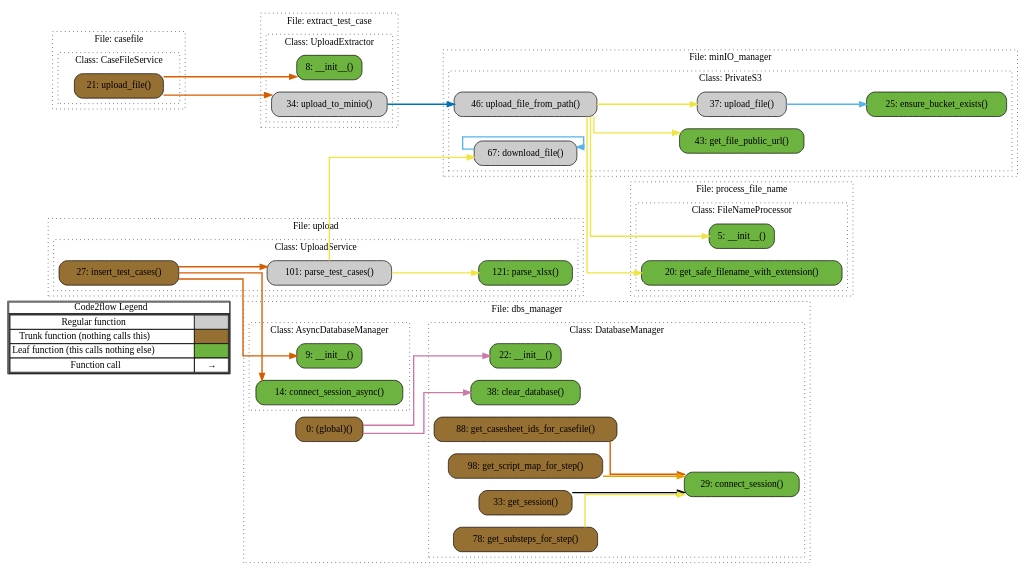
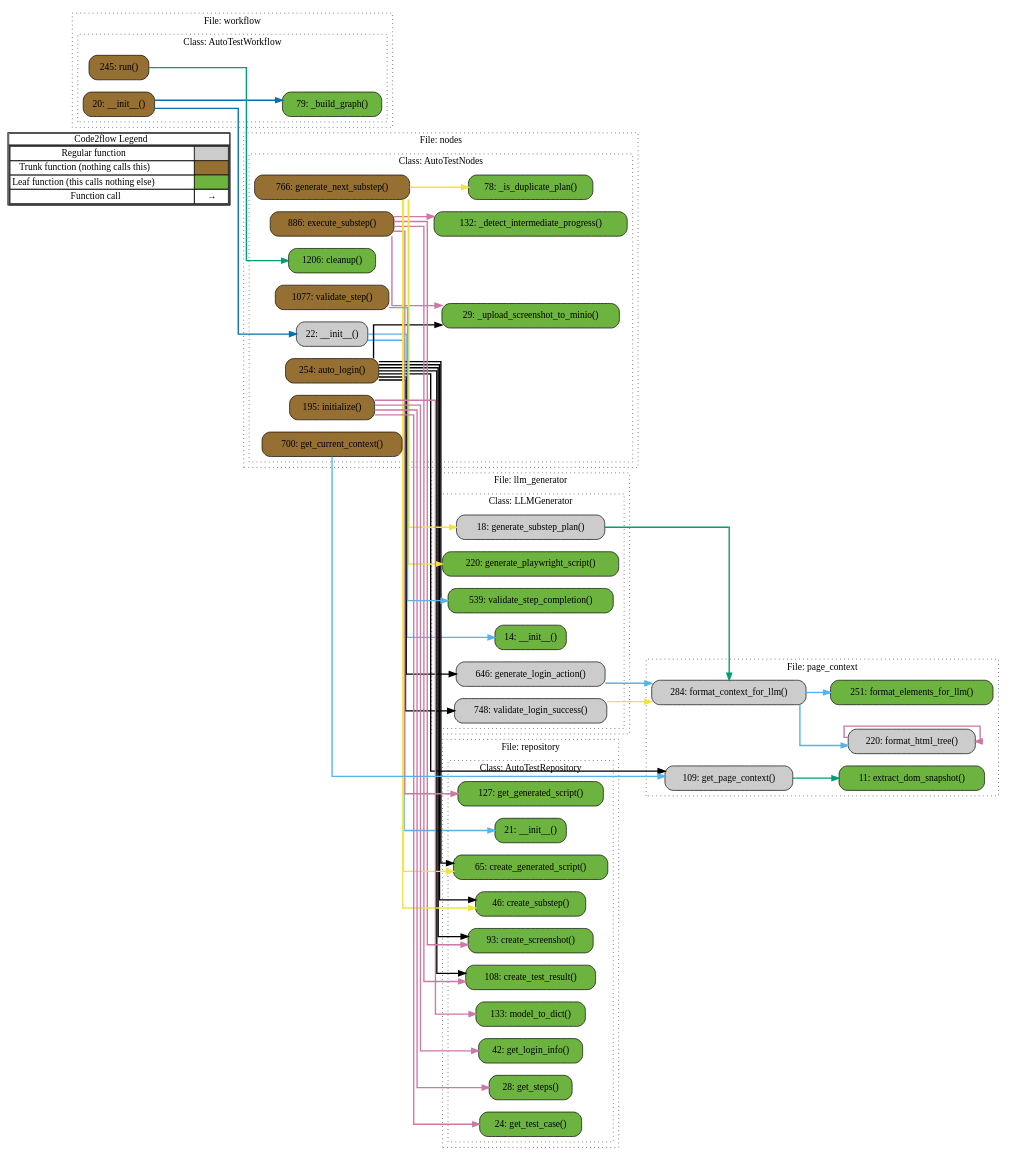
Before and after one commit to nbh27-colab/aitest: the diagram in out.gv, drawn with Graphviz. The commit also changed 9 other files, not shown here.

```diff
--- a/out.gv
+++ b/out.gv
@@ -14,131 +14,145 @@
         <tr><td>Function call</td><td><font color='black'>&#8594;</font></td></tr>
         </table></td></tr></table>
         >];
-}node_ce4126c6 [label="21: upload_file()" name="casefile::CaseFileService.upload_file" shape="rect" style="rounded,filled" fillcolor="#966F33" ];
-node_c5e4b2a7 [label="0: (global)()" name="dbs_manager::(global)" shape="rect" style="rounded,filled" fillcolor="#966F33" ];
-node_587a07d8 [label="9: __init__()" name="dbs_manager::AsyncDatabaseManager.__init__" shape="rect" style="rounded,filled" fillcolor="#6db33f" ];
-node_feb12283 [label="14: connect_session_async()" name="dbs_manager::AsyncDatabaseManager.connect_session_async" shape="rect" style="rounded,filled" fillcolor="#6db33f" ];
-node_32e17e59 [label="22: __init__()" name="dbs_manager::DatabaseManager.__init__" shape="rect" style="rounded,filled" fillcolor="#6db33f" ];
-node_cac59fb6 [label="38: clear_database()" name="dbs_manager::DatabaseManager.clear_database" shape="rect" style="rounded,filled" fillcolor="#6db33f" ];
-node_68652cf8 [label="29: connect_session()" name="dbs_manager::DatabaseManager.connect_session" shape="rect" style="rounded,filled" fillcolor="#6db33f" ];
-node_6e92b6b6 [label="88: get_casesheet_ids_for_casefile()" name="dbs_manager::DatabaseManager.get_casesheet_ids_for_casefile" shape="rect" style="rounded,filled" fillcolor="#966F33" ];
-node_bbc69071 [label="98: get_script_map_for_step()" name="dbs_manager::DatabaseManager.get_script_map_for_step" shape="rect" style="rounded,filled" fillcolor="#966F33" ];
-node_795c04b0 [label="33: get_session()" name="dbs_manager::DatabaseManager.get_session" shape="rect" style="rounded,filled" fillcolor="#966F33" ];
-node_8e2c285c [label="78: get_substeps_for_step()" name="dbs_manager::DatabaseManager.get_substeps_for_step" shape="rect" style="rounded,filled" fillcolor="#966F33" ];
-node_6c7f68ff [label="8: __init__()" name="extract_test_case::UploadExtractor.__init__" shape="rect" style="rounded,filled" fillcolor="#6db33f" ];
-node_33c75e5d [label="34: upload_to_minio()" name="extract_test_case::UploadExtractor.upload_to_minio" shape="rect" style="rounded,filled" fillcolor="#cccccc" ];
-node_b5171fc2 [label="67: download_file()" name="minIO_manager::PrivateS3.download_file" shape="rect" style="rounded,filled" fillcolor="#cccccc" ];
-node_72354bf1 [label="25: ensure_bucket_exists()" name="minIO_manager::PrivateS3.ensure_bucket_exists" shape="rect" style="rounded,filled" fillcolor="#6db33f" ];
-node_4f26b482 [label="43: get_file_public_url()" name="minIO_manager::PrivateS3.get_file_public_url" shape="rect" style="rounded,filled" fillcolor="#6db33f" ];
-node_755afdea [label="37: upload_file()" name="minIO_manager::PrivateS3.upload_file" shape="rect" style="rounded,filled" fillcolor="#cccccc" ];
-node_487ec0e4 [label="46: upload_file_from_path()" name="minIO_manager::PrivateS3.upload_file_from_path" shape="rect" style="rounded,filled" fillcolor="#cccccc" ];
-node_a728fce9 [label="5: __init__()" name="process_file_name::FileNameProcessor.__init__" shape="rect" style="rounded,filled" fillcolor="#6db33f" ];
-node_cb21978e [label="20: get_safe_filename_with_extension()" name="process_file_name::FileNameProcessor.get_safe_filename_with_extension" shape="rect" style="rounded,filled" fillcolor="#6db33f" ];
-node_74a1e55e [label="27: insert_test_cases()" name="upload::UploadService.insert_test_cases" shape="rect" style="rounded,filled" fillcolor="#966F33" ];
-node_462c1b6c [label="101: parse_test_cases()" name="upload::UploadService.parse_test_cases" shape="rect" style="rounded,filled" fillcolor="#cccccc" ];
-node_5ab84495 [label="121: parse_xlsx()" name="upload::UploadService.parse_xlsx" shape="rect" style="rounded,filled" fillcolor="#6db33f" ];
-node_ce4126c6 -> node_6c7f68ff [color="#D55E00" penwidth="2"];
-node_ce4126c6 -> node_33c75e5d [color="#D55E00" penwidth="2"];
-node_c5e4b2a7 -> node_32e17e59 [color="#CC79A7" penwidth="2"];
-node_c5e4b2a7 -> node_cac59fb6 [color="#CC79A7" penwidth="2"];
-node_6e92b6b6 -> node_68652cf8 [color="#D55E00" penwidth="2"];
-node_bbc69071 -> node_68652cf8 [color="#E69F00" penwidth="2"];
-node_795c04b0 -> node_68652cf8 [color="#000000" penwidth="2"];
-node_8e2c285c -> node_68652cf8 [color="#F0E442" penwidth="2"];
-node_33c75e5d -> node_487ec0e4 [color="#0072B2" penwidth="2"];
-node_b5171fc2 -> node_b5171fc2 [color="#56B4E9" penwidth="2"];
-node_755afdea -> node_72354bf1 [color="#56B4E9" penwidth="2"];
-node_487ec0e4 -> node_4f26b482 [color="#F0E442" penwidth="2"];
-node_487ec0e4 -> node_755afdea [color="#F0E442" penwidth="2"];
-node_487ec0e4 -> node_a728fce9 [color="#F0E442" penwidth="2"];
-node_487ec0e4 -> node_cb21978e [color="#F0E442" penwidth="2"];
-node_74a1e55e -> node_587a07d8 [color="#D55E00" penwidth="2"];
-node_74a1e55e -> node_feb12283 [color="#D55E00" penwidth="2"];
-node_74a1e55e -> node_462c1b6c [color="#D55E00" penwidth="2"];
-node_462c1b6c -> node_b5171fc2 [color="#F0E442" penwidth="2"];
-node_462c1b6c -> node_5ab84495 [color="#F0E442" penwidth="2"];
-subgraph cluster_8135d34d {
-    label="File: casefile";
-    name="casefile";
+}node_697c768b [label="14: __init__()" name="llm_generator::LLMGenerator.__init__" shape="rect" style="rounded,filled" fillcolor="#6db33f" ];
+node_71c57f22 [label="646: generate_login_action()" name="llm_generator::LLMGenerator.generate_login_action" shape="rect" style="rounded,filled" fillcolor="#cccccc" ];
+node_984c5984 [label="220: generate_playwright_script()" name="llm_generator::LLMGenerator.generate_playwright_script" shape="rect" style="rounded,filled" fillcolor="#6db33f" ];
+node_177589a3 [label="18: generate_substep_plan()" name="llm_generator::LLMGenerator.generate_substep_plan" shape="rect" style="rounded,filled" fillcolor="#cccccc" ];
+node_8d236894 [label="748: validate_login_success()" name="llm_generator::LLMGenerator.validate_login_success" shape="rect" style="rounded,filled" fillcolor="#cccccc" ];
+node_40c674ab [label="539: validate_step_completion()" name="llm_generator::LLMGenerator.validate_step_completion" shape="rect" style="rounded,filled" fillcolor="#6db33f" ];
+node_86888962 [label="22: __init__()" name="nodes::AutoTestNodes.__init__" shape="rect" style="rounded,filled" fillcolor="#cccccc" ];
+node_22f9cc1b [label="132: _detect_intermediate_progress()" name="nodes::AutoTestNodes._detect_intermediate_progress" shape="rect" style="rounded,filled" fillcolor="#6db33f" ];
+node_02be0651 [label="78: _is_duplicate_plan()" name="nodes::AutoTestNodes._is_duplicate_plan" shape="rect" style="rounded,filled" fillcolor="#6db33f" ];
+node_8f49e413 [label="29: _upload_screenshot_to_minio()" name="nodes::AutoTestNodes._upload_screenshot_to_minio" shape="rect" style="rounded,filled" fillcolor="#6db33f" ];
+node_ee6e1478 [label="254: auto_login()" name="nodes::AutoTestNodes.auto_login" shape="rect" style="rounded,filled" fillcolor="#966F33" ];
+node_3a920ef8 [label="1206: cleanup()" name="nodes::AutoTestNodes.cleanup" shape="rect" style="rounded,filled" fillcolor="#6db33f" ];
+node_de15f637 [label="886: execute_substep()" name="nodes::AutoTestNodes.execute_substep" shape="rect" style="rounded,filled" fillcolor="#966F33" ];
+node_8edb9b1c [label="766: generate_next_substep()" name="nodes::AutoTestNodes.generate_next_substep" shape="rect" style="rounded,filled" fillcolor="#966F33" ];
+node_6732abd2 [label="700: get_current_context()" name="nodes::AutoTestNodes.get_current_context" shape="rect" style="rounded,filled" fillcolor="#966F33" ];
+node_fa4d0daf [label="195: initialize()" name="nodes::AutoTestNodes.initialize" shape="rect" style="rounded,filled" fillcolor="#966F33" ];
+node_35153c7a [label="1077: validate_step()" name="nodes::AutoTestNodes.validate_step" shape="rect" style="rounded,filled" fillcolor="#966F33" ];
+node_c5209536 [label="11: extract_dom_snapshot()" name="page_context::extract_dom_snapshot" shape="rect" style="rounded,filled" fillcolor="#6db33f" ];
+node_91fe25c2 [label="284: format_context_for_llm()" name="page_context::format_context_for_llm" shape="rect" style="rounded,filled" fillcolor="#cccccc" ];
+node_57148d72 [label="251: format_elements_for_llm()" name="page_context::format_elements_for_llm" shape="rect" style="rounded,filled" fillcolor="#6db33f" ];
+node_dfed636f [label="220: format_html_tree()" name="page_context::format_html_tree" shape="rect" style="rounded,filled" fillcolor="#cccccc" ];
+node_02fb758b [label="109: get_page_context()" name="page_context::get_page_context" shape="rect" style="rounded,filled" fillcolor="#cccccc" ];
+node_d0ac8413 [label="21: __init__()" name="repository::AutoTestRepository.__init__" shape="rect" style="rounded,filled" fillcolor="#6db33f" ];
+node_4635930c [label="65: create_generated_script()" name="repository::AutoTestRepository.create_generated_script" shape="rect" style="rounded,filled" fillcolor="#6db33f" ];
+node_3bcbb2b2 [label="93: create_screenshot()" name="repository::AutoTestRepository.create_screenshot" shape="rect" style="rounded,filled" fillcolor="#6db33f" ];
+node_8b7a8400 [label="46: create_substep()" name="repository::AutoTestRepository.create_substep" shape="rect" style="rounded,filled" fillcolor="#6db33f" ];
+node_2c240f80 [label="108: create_test_result()" name="repository::AutoTestRepository.create_test_result" shape="rect" style="rounded,filled" fillcolor="#6db33f" ];
+node_14660c4b [label="127: get_generated_script()" name="repository::AutoTestRepository.get_generated_script" shape="rect" style="rounded,filled" fillcolor="#6db33f" ];
+node_7ba1bf51 [label="42: get_login_info()" name="repository::AutoTestRepository.get_login_info" shape="rect" style="rounded,filled" fillcolor="#6db33f" ];
+node_0447170e [label="28: get_steps()" name="repository::AutoTestRepository.get_steps" shape="rect" style="rounded,filled" fillcolor="#6db33f" ];
+node_770d3c82 [label="24: get_test_case()" name="repository::AutoTestRepository.get_test_case" shape="rect" style="rounded,filled" fillcolor="#6db33f" ];
+node_f534f8a3 [label="133: model_to_dict()" name="repository::AutoTestRepository.model_to_dict" shape="rect" style="rounded,filled" fillcolor="#6db33f" ];
+node_a77729e5 [label="20: __init__()" name="workflow::AutoTestWorkflow.__init__" shape="rect" style="rounded,filled" fillcolor="#966F33" ];
+node_040f44cc [label="79: _build_graph()" name="workflow::AutoTestWorkflow._build_graph" shape="rect" style="rounded,filled" fillcolor="#6db33f" ];
+node_990799eb [label="245: run()" name="workflow::AutoTestWorkflow.run" shape="rect" style="rounded,filled" fillcolor="#966F33" ];
+node_71c57f22 -> node_91fe25c2 [color="#56B4E9" penwidth="2"];
+node_177589a3 -> node_91fe25c2 [color="#009E73" penwidth="2"];
+node_8d236894 -> node_91fe25c2 [color="#F0E442" penwidth="2"];
+node_86888962 -> node_697c768b [color="#56B4E9" penwidth="2"];
+node_86888962 -> node_d0ac8413 [color="#56B4E9" penwidth="2"];
+node_ee6e1478 -> node_71c57f22 [color="#000000" penwidth="2"];
+node_ee6e1478 -> node_8d236894 [color="#000000" penwidth="2"];
+node_ee6e1478 -> node_8f49e413 [color="#000000" penwidth="2"];
+node_ee6e1478 -> node_8f49e413 [color="#000000" penwidth="2"];
+node_ee6e1478 -> node_8f49e413 [color="#000000" penwidth="2"];
+node_ee6e1478 -> node_02fb758b [color="#000000" penwidth="2"];
+node_ee6e1478 -> node_02fb758b [color="#000000" penwidth="2"];
+node_ee6e1478 -> node_4635930c [color="#000000" penwidth="2"];
+node_ee6e1478 -> node_4635930c [color="#000000" penwidth="2"];
+node_ee6e1478 -> node_4635930c [color="#000000" penwidth="2"];
+node_ee6e1478 -> node_3bcbb2b2 [color="#000000" penwidth="2"];
+node_ee6e1478 -> node_3bcbb2b2 [color="#000000" penwidth="2"];
+node_ee6e1478 -> node_8b7a8400 [color="#000000" penwidth="2"];
+node_ee6e1478 -> node_8b7a8400 [color="#000000" penwidth="2"];
+node_ee6e1478 -> node_8b7a8400 [color="#000000" penwidth="2"];
+node_ee6e1478 -> node_2c240f80 [color="#000000" penwidth="2"];
+node_ee6e1478 -> node_2c240f80 [color="#000000" penwidth="2"];
+node_ee6e1478 -> node_2c240f80 [color="#000000" penwidth="2"];
+node_de15f637 -> node_22f9cc1b [color="#CC79A7" penwidth="2"];
+node_de15f637 -> node_8f49e413 [color="#CC79A7" penwidth="2"];
+node_de15f637 -> node_8f49e413 [color="#CC79A7" penwidth="2"];
+node_de15f637 -> node_3bcbb2b2 [color="#CC79A7" penwidth="2"];
+node_de15f637 -> node_2c240f80 [color="#CC79A7" penwidth="2"];
+node_de15f637 -> node_14660c4b [color="#CC79A7" penwidth="2"];
+node_8edb9b1c -> node_984c5984 [color="#F0E442" penwidth="2"];
+node_8edb9b1c -> node_177589a3 [color="#F0E442" penwidth="2"];
+node_8edb9b1c -> node_02be0651 [color="#F0E442" penwidth="2"];
+node_8edb9b1c -> node_4635930c [color="#F0E442" penwidth="2"];
+node_8edb9b1c -> node_8b7a8400 [color="#F0E442" penwidth="2"];
+node_6732abd2 -> node_02fb758b [color="#56B4E9" penwidth="2"];
+node_fa4d0daf -> node_7ba1bf51 [color="#CC79A7" penwidth="2"];
+node_fa4d0daf -> node_0447170e [color="#CC79A7" penwidth="2"];
+node_fa4d0daf -> node_770d3c82 [color="#CC79A7" penwidth="2"];
+node_fa4d0daf -> node_f534f8a3 [color="#CC79A7" penwidth="2"];
+node_fa4d0daf -> node_f534f8a3 [color="#CC79A7" penwidth="2"];
+node_fa4d0daf -> node_f534f8a3 [color="#CC79A7" penwidth="2"];
+node_35153c7a -> node_40c674ab [color="#56B4E9" penwidth="2"];
+node_91fe25c2 -> node_57148d72 [color="#56B4E9" penwidth="2"];
+node_91fe25c2 -> node_dfed636f [color="#56B4E9" penwidth="2"];
+node_dfed636f -> node_dfed636f [color="#CC79A7" penwidth="2"];
+node_02fb758b -> node_c5209536 [color="#009E73" penwidth="2"];
+node_a77729e5 -> node_86888962 [color="#0072B2" penwidth="2"];
+node_a77729e5 -> node_040f44cc [color="#0072B2" penwidth="2"];
+node_990799eb -> node_3a920ef8 [color="#009E73" penwidth="2"];
+subgraph cluster_fb078189 {
+    label="File: llm_generator";
+    name="llm_generator";
     style="filled";
     graph[style=dotted];
-    subgraph cluster_92348ffa {
-        node_ce4126c6;
-        label="Class: CaseFileService";
-        name="CaseFileService";
+    subgraph cluster_06062e3c {
+        node_697c768b node_177589a3 node_984c5984 node_40c674ab node_71c57f22 node_8d236894;
+        label="Class: LLMGenerator";
+        name="LLMGenerator";
         style="filled";
         graph[style=dotted];
     };
 };
-subgraph cluster_0ceb48ad {
-    node_c5e4b2a7;
-    label="File: dbs_manager";
-    name="dbs_manager";
+subgraph cluster_b4b7462d {
+    label="File: nodes";
+    name="nodes";
     style="filled";
     graph[style=dotted];
-    subgraph cluster_697387d1 {
-        node_587a07d8 node_feb12283;
-        label="Class: AsyncDatabaseManager";
-        name="AsyncDatabaseManager";
-        style="filled";
-        graph[style=dotted];
-    };
-    subgraph cluster_10748107 {
-        node_32e17e59 node_68652cf8 node_795c04b0 node_cac59fb6 node_8e2c285c node_6e92b6b6 node_bbc69071;
-        label="Class: DatabaseManager";
-        name="DatabaseManager";
+    subgraph cluster_d1e86120 {
+        node_86888962 node_8f49e413 node_02be0651 node_22f9cc1b node_fa4d0daf node_ee6e1478 node_6732abd2 node_8edb9b1c node_de15f637 node_35153c7a node_3a920ef8;
+        label="Class: AutoTestNodes";
+        name="AutoTestNodes";
         style="filled";
         graph[style=dotted];
     };
 };
-subgraph cluster_72601b83 {
-    label="File: extract_test_case";
-    name="extract_test_case";
+subgraph cluster_01602686 {
+    node_c5209536 node_02fb758b node_dfed636f node_57148d72 node_91fe25c2;
+    label="File: page_context";
+    name="page_context";
     style="filled";
     graph[style=dotted];
-    subgraph cluster_b343a9c5 {
-        node_6c7f68ff node_33c75e5d;
-        label="Class: UploadExtractor";
-        name="UploadExtractor";
+};
+subgraph cluster_508bf515 {
+    label="File: repository";
+    name="repository";
+    style="filled";
+    graph[style=dotted];
+    subgraph cluster_f954a20e {
+        node_d0ac8413 node_770d3c82 node_0447170e node_7ba1bf51 node_8b7a8400 node_4635930c node_3bcbb2b2 node_2c240f80 node_14660c4b node_f534f8a3;
+        label="Class: AutoTestRepository";
+        name="AutoTestRepository";
         style="filled";
         graph[style=dotted];
     };
 };
-subgraph cluster_0de7654f {
-    label="File: minIO_manager";
-    name="minIO_manager";
+subgraph cluster_1b1abd53 {
+    label="File: workflow";
+    name="workflow";
     style="filled";
     graph[style=dotted];
-    subgraph cluster_ed832e95 {
-        node_72354bf1 node_755afdea node_4f26b482 node_487ec0e4 node_b5171fc2;
-        label="Class: PrivateS3";
-        name="PrivateS3";
-        style="filled";
-        graph[style=dotted];
-    };
-};
-subgraph cluster_129d9e9a {
-    label="File: process_file_name";
-    name="process_file_name";
-    style="filled";
-    graph[style=dotted];
-    subgraph cluster_f7166ba0 {
-        node_a728fce9 node_cb21978e;
-        label="Class: FileNameProcessor";
-        name="FileNameProcessor";
-        style="filled";
-        graph[style=dotted];
-    };
-};
-subgraph cluster_857b98b1 {
-    label="File: upload";
-    name="upload";
-    style="filled";
-    graph[style=dotted];
-    subgraph cluster_e9b7911e {
-        node_74a1e55e node_462c1b6c node_5ab84495;
-        label="Class: UploadService";
-        name="UploadService";
+    subgraph cluster_abf9deb5 {
+        node_a77729e5 node_040f44cc node_990799eb;
+        label="Class: AutoTestWorkflow";
+        name="AutoTestWorkflow";
         style="filled";
         graph[style=dotted];
     };
```
